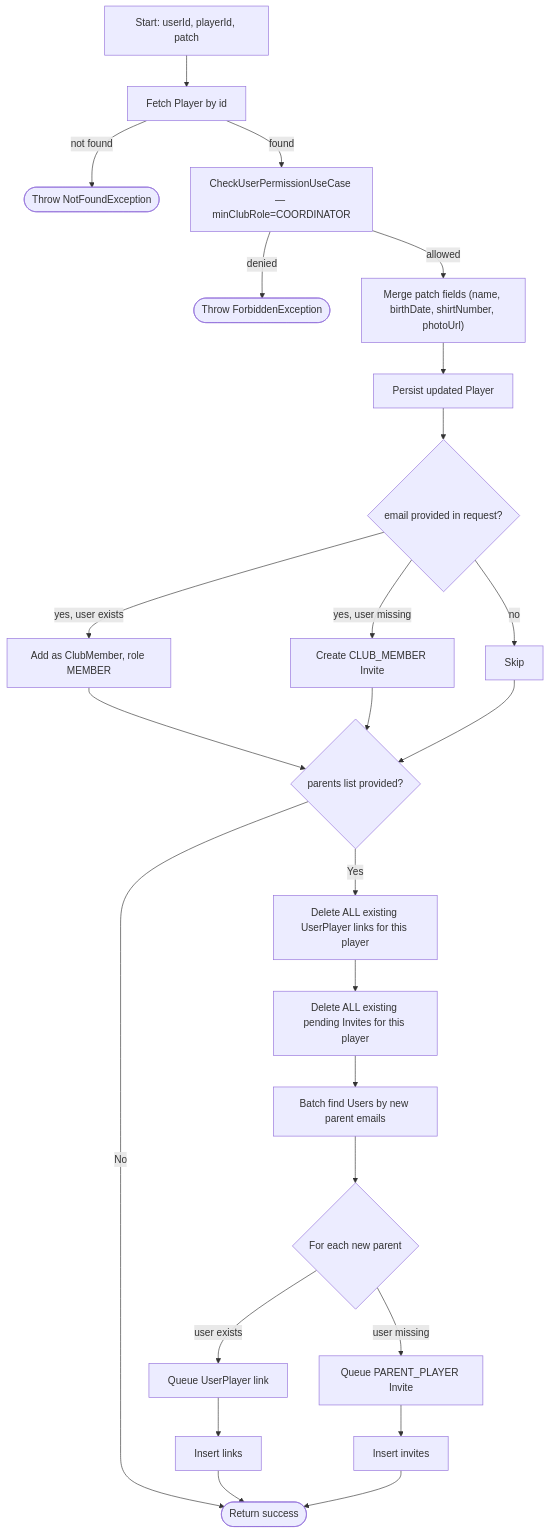
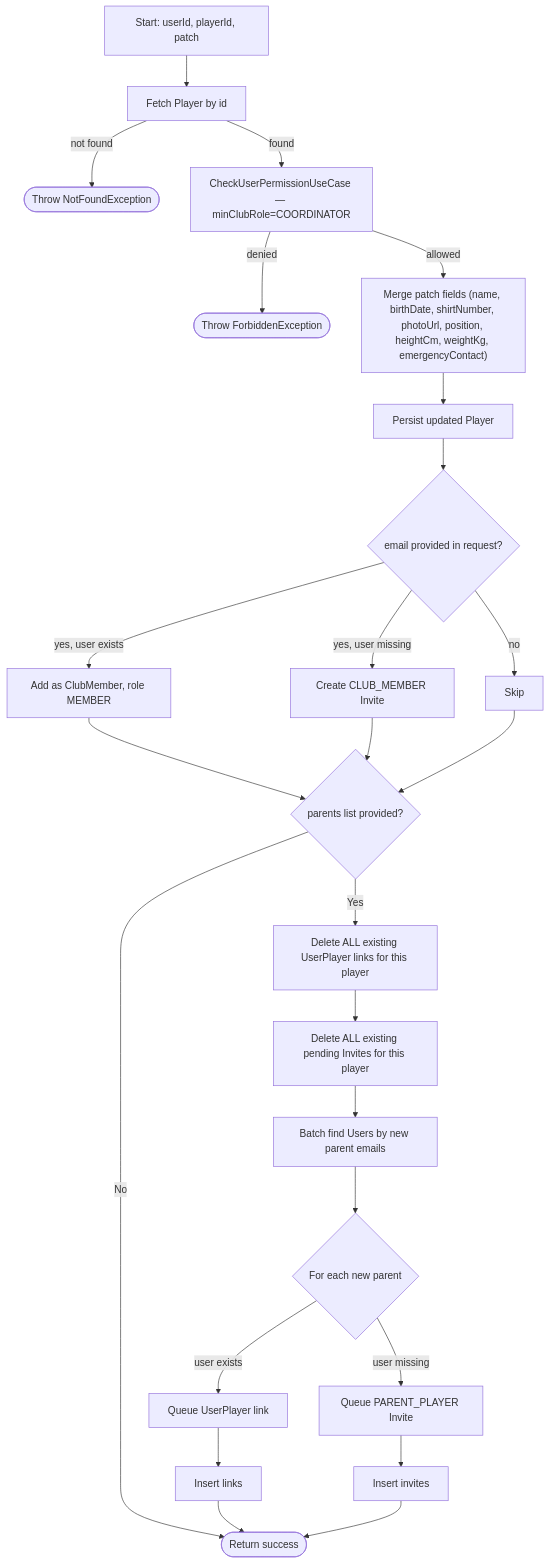
Before and after one commit to ricardofrango/squadify: diagram 26 of 45 in PROCESS_FLOWS.md, drawn with Mermaid. The commit also changed other lines of this file and 9 other files, not shown here.

First line of the commit message:
Add position, height, weight, and emergency contact to Player

````diff
--- a/PROCESS_FLOWS.md
+++ b/PROCESS_FLOWS.md
@@ -521,27 +524,27 @@
 ```mermaid
 graph TD
     A[Start: userId, playerId, patch] --> B[Fetch Player by id]
     B -- not found --> N(["Throw NotFoundException"])
     B -- found --> C[CheckUserPermissionUseCase — minClubRole=COORDINATOR]
     C -- denied --> F(["Throw ForbiddenException"])
-    C -- allowed --> D["Merge patch fields (name, birthDate, shirtNumber, photoUrl)"]
+    C -- allowed --> D["Merge patch fields (name, birthDate, shirtNumber, photoUrl, position, heightCm, weightKg, emergencyContact)"]
     D --> E[Persist updated Player]
     E --> G{email provided in request?}
     G -- yes, user exists --> H[Add as ClubMember, role MEMBER]
     G -- yes, user missing --> I[Create CLUB_MEMBER Invite]
     G -- no --> SK[Skip]
     H --> J{parents list provided?}
     I --> J
     SK --> J
     J -- No --> Z(["Return success"])
     J -- Yes --> K["Delete ALL existing UserPlayer links for this player"]
     K --> L["Delete ALL existing pending Invites for this player"]
     L --> M[Batch find Users by new parent emails]
     M --> P{For each new parent}
     P -- user exists --> Q[Queue UserPlayer link]
     P -- user missing --> R[Queue PARENT_PLAYER Invite]
     Q --> S[Insert links]
     R --> T[Insert invites]
     S --> Z
     T --> Z
 ```
````
